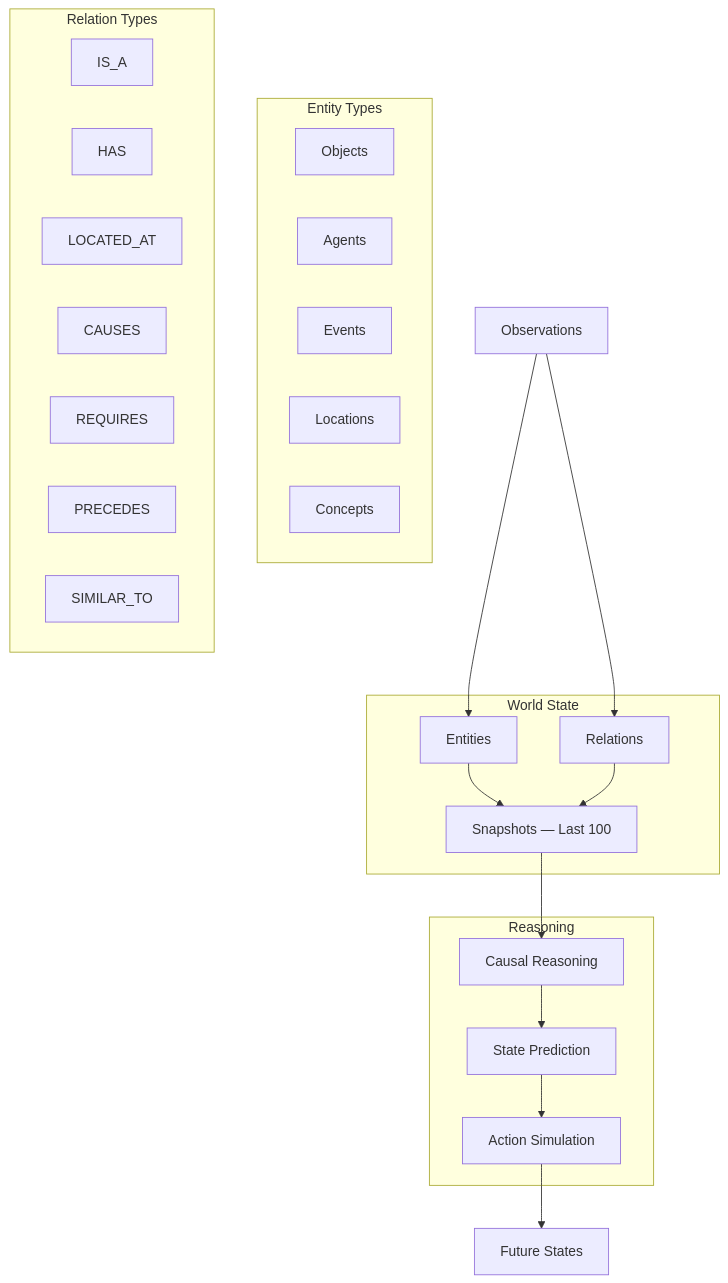
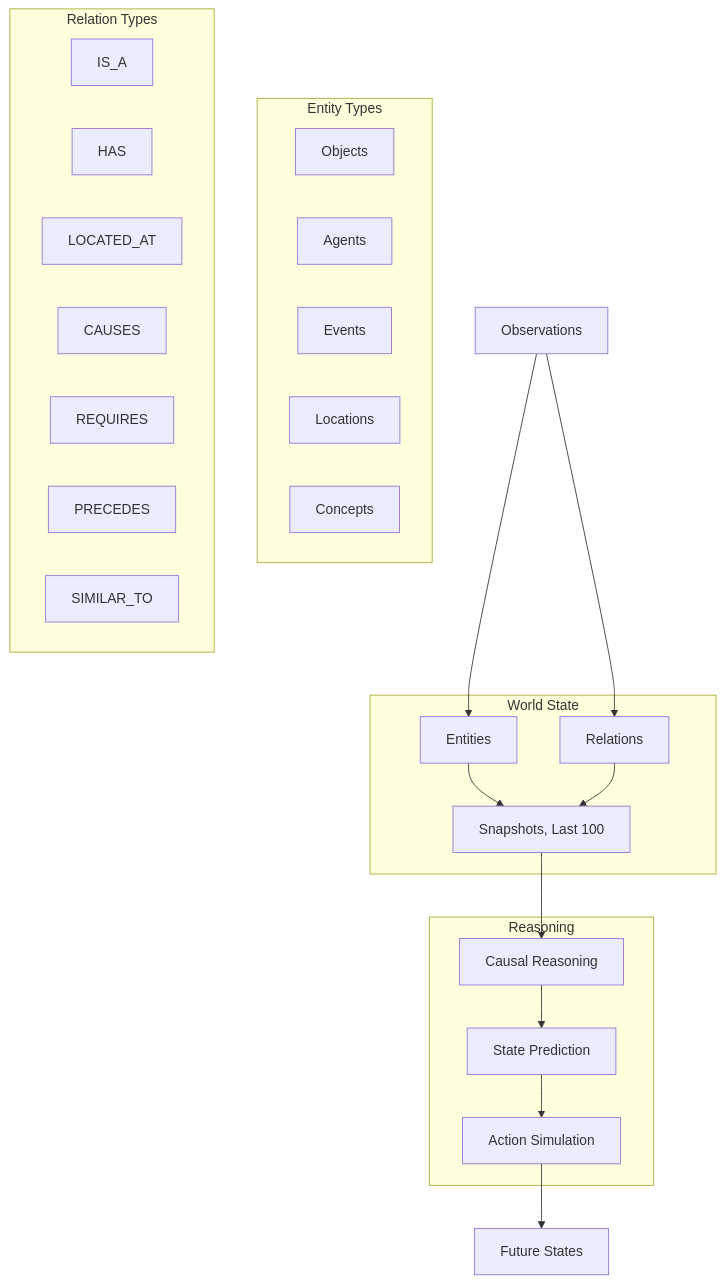
Before and after one commit to bistuwangqiyuan/Open-Sable: the seventh of 19 diagrams in README.md, drawn with Mermaid. The commit also changed other lines of this file and 8 other files, not shown here.

````diff
--- a/README.md
+++ b/README.md
@@ -632,43 +632,43 @@
 ```mermaid
 graph TB
     subgraph "Entity Types"
         OBJ[Objects]
         AGT[Agents]
         EVT[Events]
         LOC[Locations]
         CON[Concepts]
     end
     
     subgraph "Relation Types"
         ISA[IS_A]
         HAS[HAS]
         LOC_AT[LOCATED_AT]
         CAUSES[CAUSES]
         REQ[REQUIRES]
         PREC[PRECEDES]
         SIM[SIMILAR_TO]
     end
     
     subgraph "World State"
         ENT[Entities]
         REL[Relations]
-        SNAP[Snapshots — Last 100]
+        SNAP[Snapshots, Last 100]
     end
     
     subgraph "Reasoning"
         CAUSAL[Causal Reasoning]
         PRED[State Prediction]
         SIM_ACT[Action Simulation]
     end
     
     OBS[Observations] --> ENT
     OBS --> REL
     ENT --> SNAP
     REL --> SNAP
     
     SNAP --> CAUSAL
     CAUSAL --> PRED
     PRED --> SIM_ACT
     
     SIM_ACT --> FUTURE[Future States]
 ```
````
